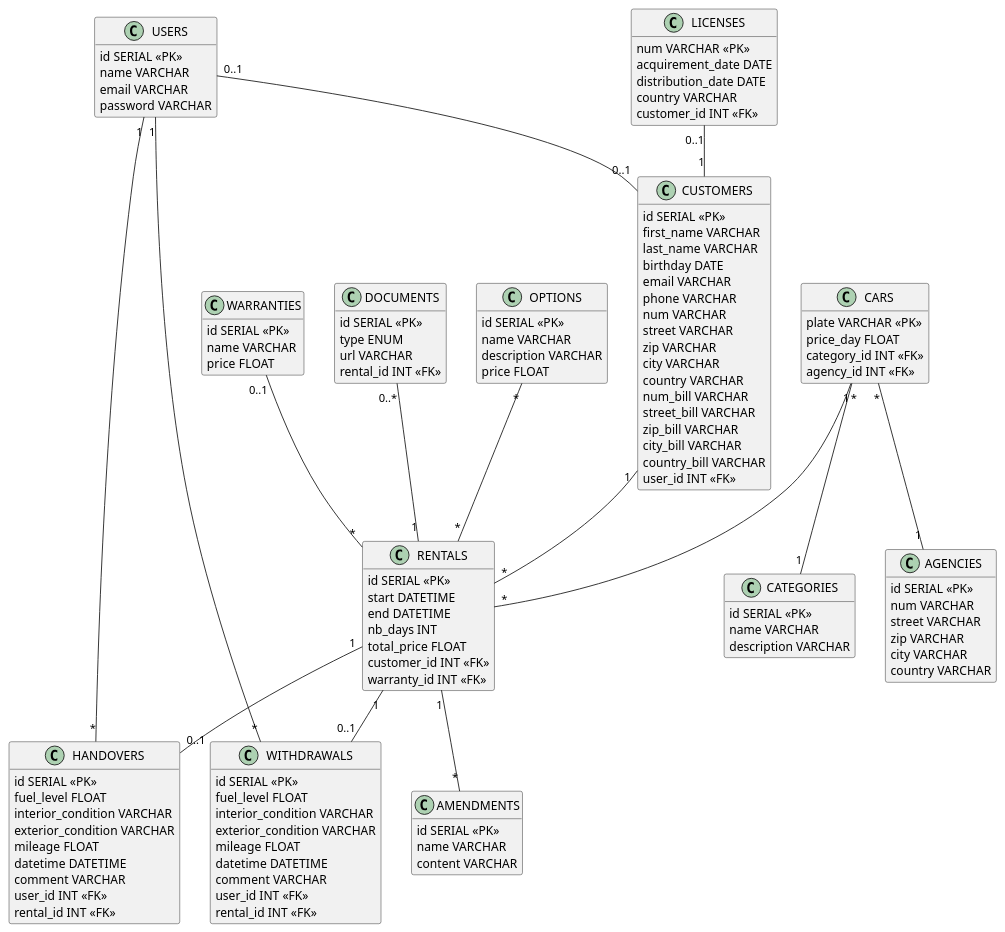
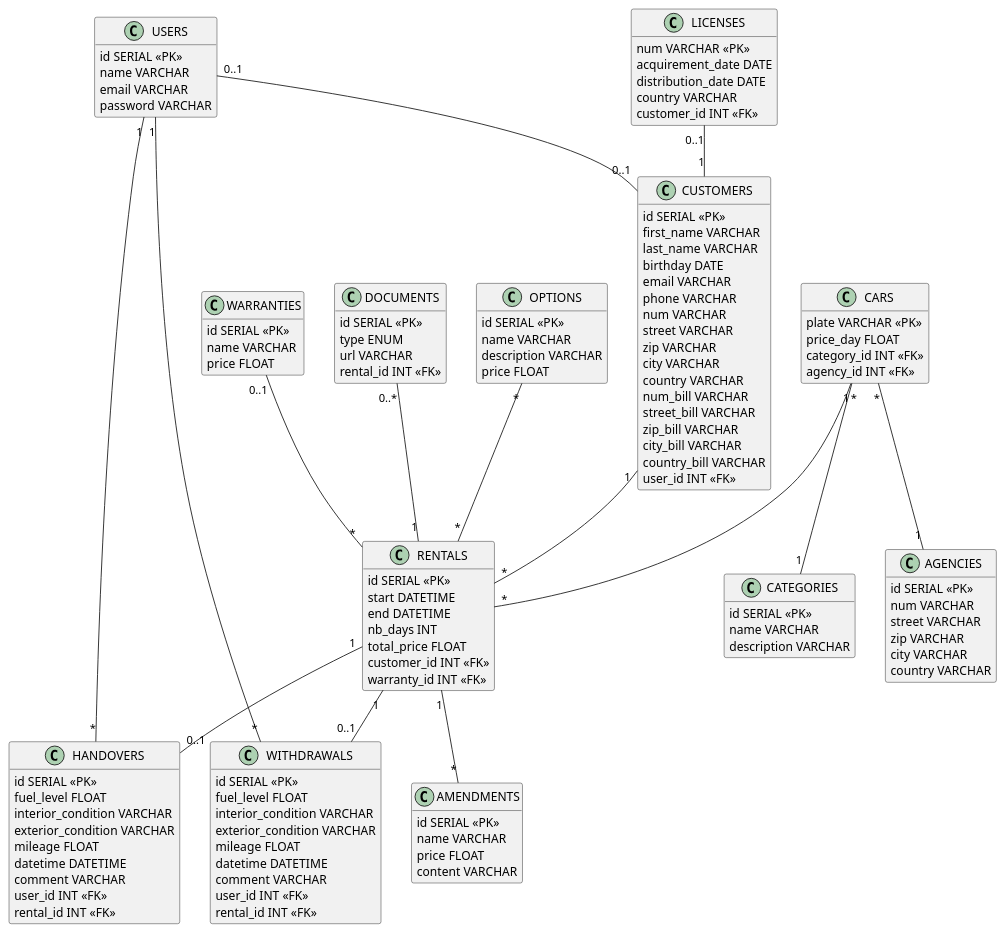
The diagram in diagram.puml (axelriv62/roulmapoul-api), drawn with PlantUML before and after one commit.

Commit message:
docs: ajout du prix de l'avenant

```diff
--- a/diagram.puml
+++ b/diagram.puml
@@ -1,136 +1,137 @@
 @startuml
 hide empty members
 
 class USERS {
     id SERIAL <<PK>>
     name VARCHAR
     email VARCHAR
     password VARCHAR
 }
 
 class CUSTOMERS {
     id SERIAL <<PK>>
     first_name VARCHAR
     last_name VARCHAR
     birthday DATE
     email VARCHAR
     phone VARCHAR
     num VARCHAR
     street VARCHAR
     zip VARCHAR
     city VARCHAR
     country VARCHAR
     num_bill VARCHAR
     street_bill VARCHAR
     zip_bill VARCHAR
     city_bill VARCHAR
     country_bill VARCHAR
     user_id INT <<FK>>
 }
 
 class RENTALS {
     id SERIAL <<PK>>
     start DATETIME
     end DATETIME
     nb_days INT
     total_price FLOAT
     customer_id INT <<FK>>
     warranty_id INT <<FK>>
 }
 
 class LICENSES {
     num VARCHAR <<PK>>
     acquirement_date DATE
     distribution_date DATE
     country VARCHAR
     customer_id INT <<FK>>
 }
 
 class WARRANTIES {
     id SERIAL <<PK>>
     name VARCHAR
     price FLOAT
 }
 
 class AMENDMENTS {
     id SERIAL <<PK>>
     name VARCHAR
+    price FLOAT
     content VARCHAR
 }
 
 class DOCUMENTS {
     id SERIAL <<PK>>
     type ENUM
     url VARCHAR
     rental_id INT <<FK>>
 }
 
 class WITHDRAWALS {
     id SERIAL <<PK>>
     fuel_level FLOAT
     interior_condition VARCHAR
     exterior_condition VARCHAR
     mileage FLOAT
     datetime DATETIME
     comment VARCHAR
     user_id INT <<FK>>
     rental_id INT <<FK>>
 }
 
 class HANDOVERS {
     id SERIAL <<PK>>
     fuel_level FLOAT
     interior_condition VARCHAR
     exterior_condition VARCHAR
     mileage FLOAT
     datetime DATETIME
     comment VARCHAR
     user_id INT <<FK>>
     rental_id INT <<FK>>
 }
 
 class CARS {
     plate VARCHAR <<PK>>
     price_day FLOAT
     category_id INT <<FK>>
     agency_id INT <<FK>>
 }
 
 class OPTIONS {
     id SERIAL <<PK>>
     name VARCHAR
     description VARCHAR
     price FLOAT
 }
 
 class CATEGORIES {
     id SERIAL <<PK>>
     name VARCHAR
     description VARCHAR
 }
 
 class AGENCIES {
     id SERIAL <<PK>>
     num VARCHAR
     street VARCHAR
     zip VARCHAR
     city VARCHAR
     country VARCHAR
 }
 
 CARS "*" -- "1" AGENCIES
 CARS "*" -- "1" CATEGORIES
 CARS "1" -- "*" RENTALS
 RENTALS "1" -- "*" AMENDMENTS
 RENTALS "1" -- "0..1" WITHDRAWALS
 WITHDRAWALS "*" -- "1" USERS
 USERS "0..1" -- "0..1" CUSTOMERS
 LICENSES "0..1" -- "1" CUSTOMERS
 WARRANTIES "0..1" -- "*" RENTALS
 OPTIONS "*" -- "*" RENTALS
 DOCUMENTS "0..*" -- "1" RENTALS
 USERS "1" -- "*" HANDOVERS
 RENTALS "1" -- "0..1" HANDOVERS
 CUSTOMERS "1" -- "*" RENTALS
 
 @enduml
```
